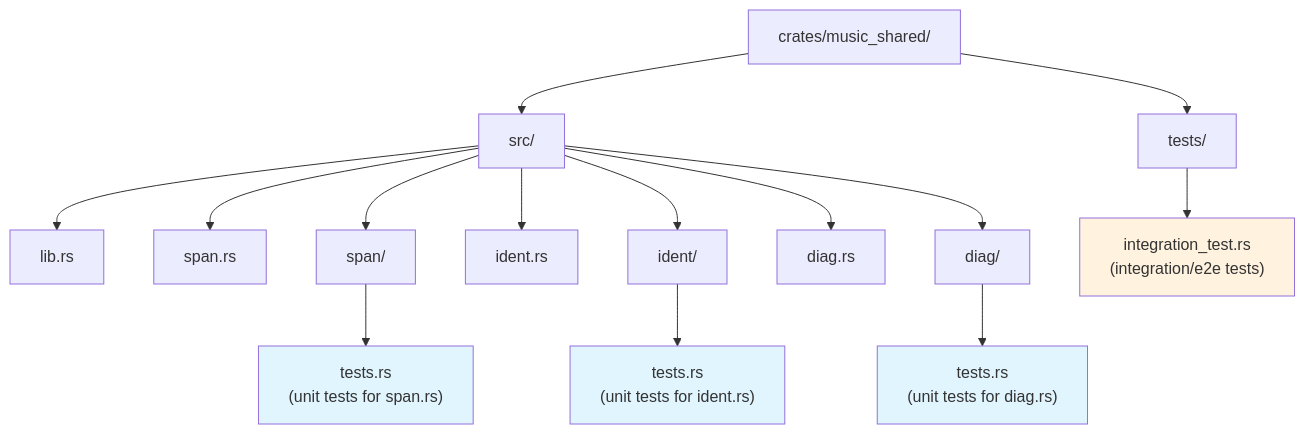
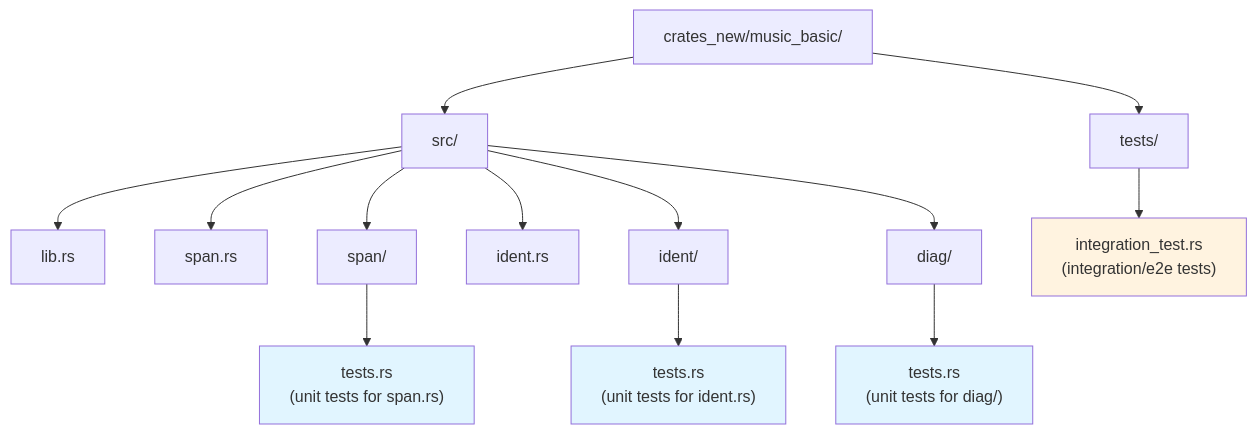
Before and after one commit to musi-lang/musi: the diagram in AGENTS.md, drawn with Mermaid. The commit also changed other lines of this file and 29 other files, not shown here.

````diff
--- a/AGENTS.md
+++ b/AGENTS.md
@@ -90,21 +97,20 @@
 ```mermaid
 graph TD
-    A["crates/music_shared/"] --> B["src/"]
+    A["crates_new/music_basic/"] --> B["src/"]
     A --> C["tests/"]
     B --> D["lib.rs"]
     B --> E["span.rs"]
     B --> F["span/"]
     B --> G["ident.rs"]
     B --> H["ident/"]
-    B --> I["diag.rs"]
-    B --> J["diag/"]
+    B --> I["diag/"]
     F --> K["tests.rs<br/>(unit tests for span.rs)"]
     H --> L["tests.rs<br/>(unit tests for ident.rs)"]
-    J --> M["tests.rs<br/>(unit tests for diag.rs)"]
+    I --> M["tests.rs<br/>(unit tests for diag/)"]
     C --> N["integration_test.rs<br/>(integration/e2e tests)"]
 
     style K fill:#e1f5ff
     style L fill:#e1f5ff
     style M fill:#e1f5ff
     style N fill:#fff3e0
 ```
````
